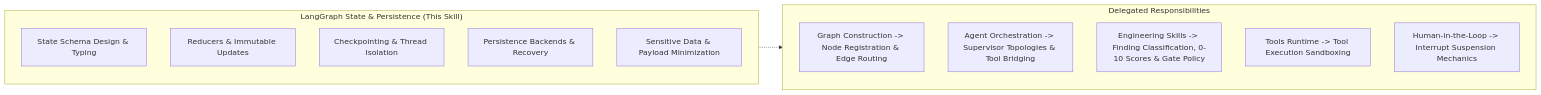
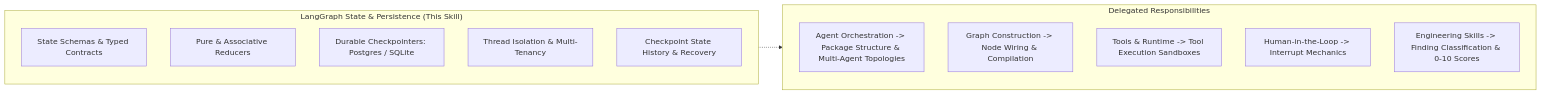
One commit to ChaithrashreeMC-tech/Code-Review-Agent changed the diagram in skills/technology/langgraph-state-and-persistence/SKILL.md. Above: the diagram before and after it, drawn with Mermaid. The commit also changed other lines of this file and 43 other files, not shown here.

````diff
--- a/skills/technology/langgraph-state-and-persistence/SKILL.md
+++ b/skills/technology/langgraph-state-and-persistence/SKILL.md
@@ -34,20 +36,20 @@
 ```mermaid
 flowchart LR
     subgraph InScope [" LangGraph State & Persistence (This Skill)"]
-        Schema["State Schema Design & Typing"]
-        Reducers["Reducers & Immutable Updates"]
-        Checkpoints["Checkpointing & Thread Isolation"]
-        Recovery["Persistence Backends & Recovery"]
-        Security["Sensitive Data & Payload Minimization"]
+        Schemas["State Schemas & Typed Contracts"]
+        Reducers["Pure & Associative Reducers"]
+        Checkpointers["Durable Checkpointers: Postgres / SQLite"]
+        Isolation["Thread Isolation & Multi-Tenancy"]
+        Recovery["Checkpoint State History & Recovery"]
     end
 
     subgraph Boundaries [" Delegated Responsibilities"]
-        GraphConst["Graph Construction -> Node Registration & Edge Routing"]
-        Orchestration["Agent Orchestration -> Supervisor Topologies & Tool Bridging"]
-        Eng["Engineering Skills -> Finding Classification, 0-10 Scores & Gate Policy"]
-        ToolsRuntime["Tools Runtime -> Tool Execution Sandboxing"]
-        HITL["Human-in-the-Loop -> Interrupt Suspension Mechanics"]
+        Orch["Agent Orchestration -> Package Structure & Multi-Agent Topologies"]
+        GraphConst["Graph Construction -> Node Wiring & Compilation"]
+        Tools["Tools & Runtime -> Tool Execution Sandboxes"]
+        HITL["Human-in-the-Loop -> Interrupt Mechanics"]
+        Eng["Engineering Skills -> Finding Classification & 0-10 Scores"]
     end
 
     InScope -.-> Boundaries
 ```
````
